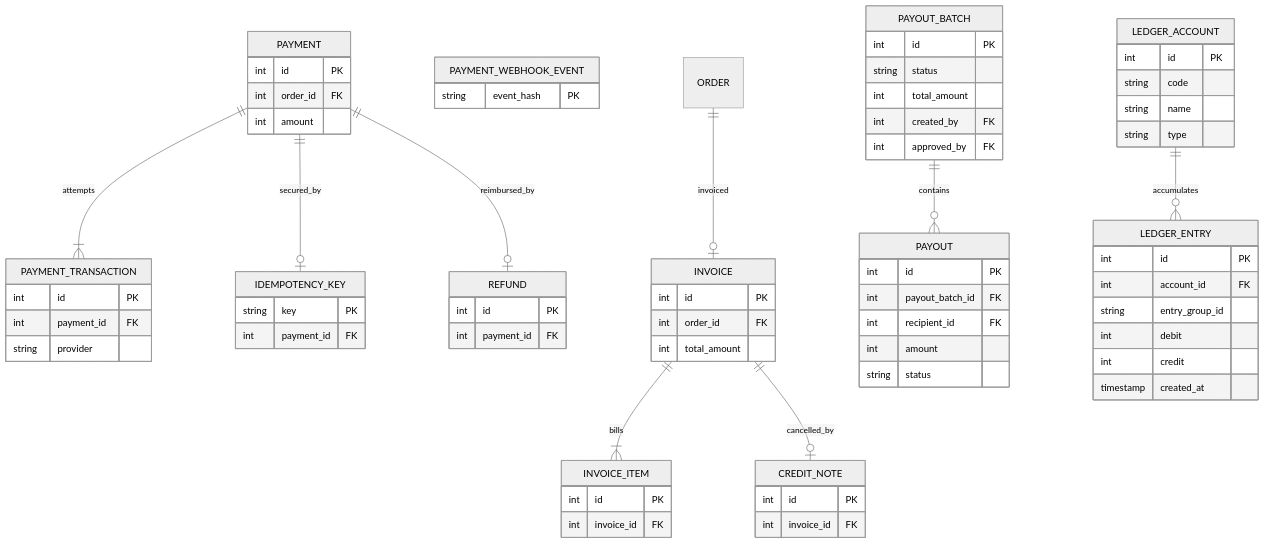
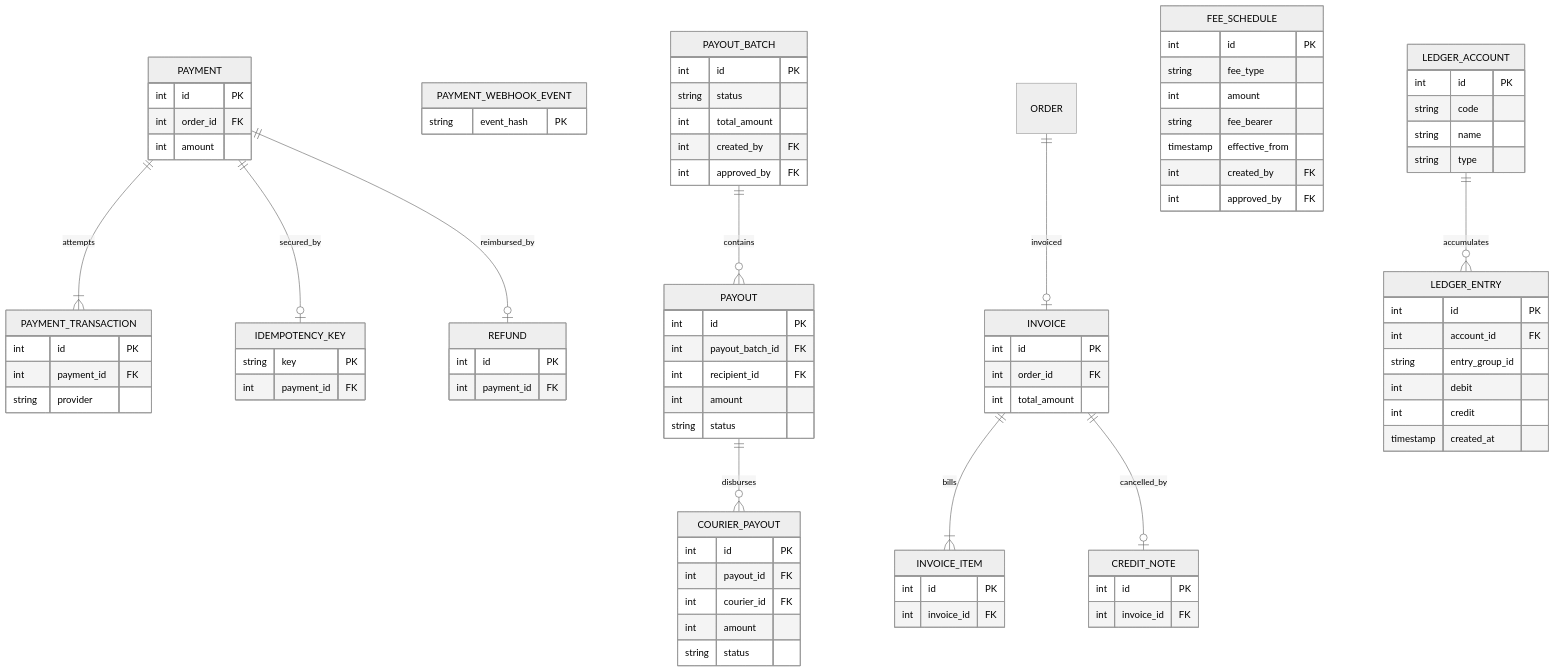
Before and after one commit to durelpro/pleingaz: the sixth of 7 diagrams in docs/03-modele-donnees-etats.md, drawn with Mermaid (neutral theme). The commit also changed 6 other files, not shown here.

````diff
--- a/docs/03-modele-donnees-etats.md
+++ b/docs/03-modele-donnees-etats.md
@@ -381,6 +381,22 @@
         int credit
         timestamp created_at
     }
+    FEE_SCHEDULE {
+        int id PK
+        string fee_type
+        int amount
+        string fee_bearer
+        timestamp effective_from
+        int created_by FK
+        int approved_by FK
+    }
+    COURIER_PAYOUT {
+        int id PK
+        int payout_id FK
+        int courier_id FK
+        int amount
+        string status
+    }
     PAYMENT ||--|{ PAYMENT_TRANSACTION : "attempts"
     PAYMENT ||--o| IDEMPOTENCY_KEY : "secured_by"
     PAYMENT ||--o| REFUND : "reimbursed_by"
@@ -388,5 +404,6 @@
     INVOICE ||--|{ INVOICE_ITEM : "bills"
     INVOICE ||--o| CREDIT_NOTE : "cancelled_by"
     PAYOUT_BATCH ||--o{ PAYOUT : "contains"
+    PAYOUT ||--o{ COURIER_PAYOUT : "disburses"
     LEDGER_ACCOUNT ||--o{ LEDGER_ENTRY : "accumulates"
 ```
````
